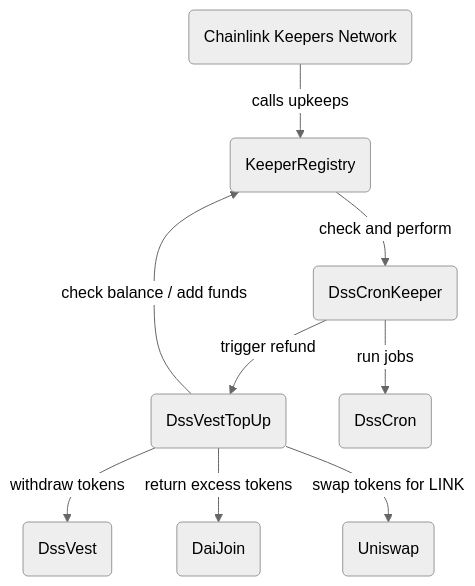
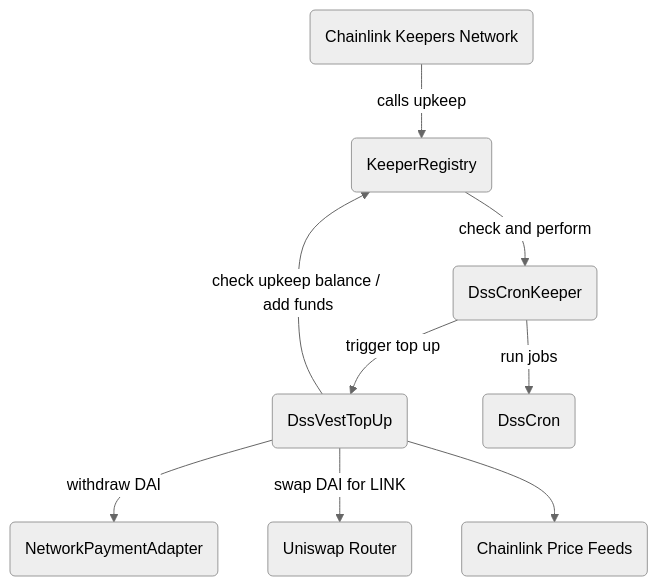
Before and after one commit to hackbg/chainlink-makerdao-automation: the diagram in README.md, drawn with Mermaid (neutral theme). The commit also changed other lines of this file and 16 other files, not shown here.

````diff
--- a/README.md
+++ b/README.md
@@ -22,11 +21,11 @@
 ```mermaid
 graph TD
- A(Chainlink Keepers Network) -->|calls upkeeps| B(KeeperRegistry)
+ A(Chainlink Keepers Network) -->|calls upkeep| B(KeeperRegistry)
  B -->|check and perform| C(DssCronKeeper)
- C -->|trigger refund| D(DssVestTopUp)
+ C -->|trigger top up| D(DssVestTopUp)
  C -->|run jobs| E(DssCron)
- D -->|withdraw tokens| F(DssVest)
- D -->|return excess tokens| G(DaiJoin)
- D -->|check balance / add funds| B
- D -->|swap tokens for LINK| H(Uniswap)
+ D -->|withdraw DAI| F(NetworkPaymentAdapter)
+ D -->|check upkeep balance / add funds| B
+ D -->|swap DAI for LINK| H(Uniswap Router)
+ D -->I(Chainlink Price Feeds)
 ```
````
